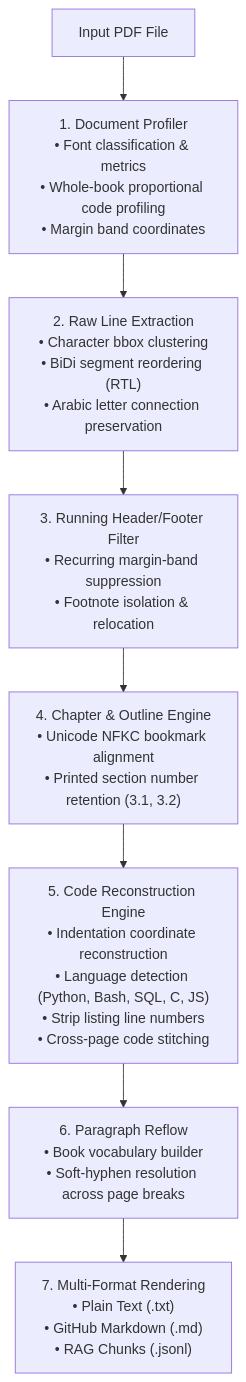
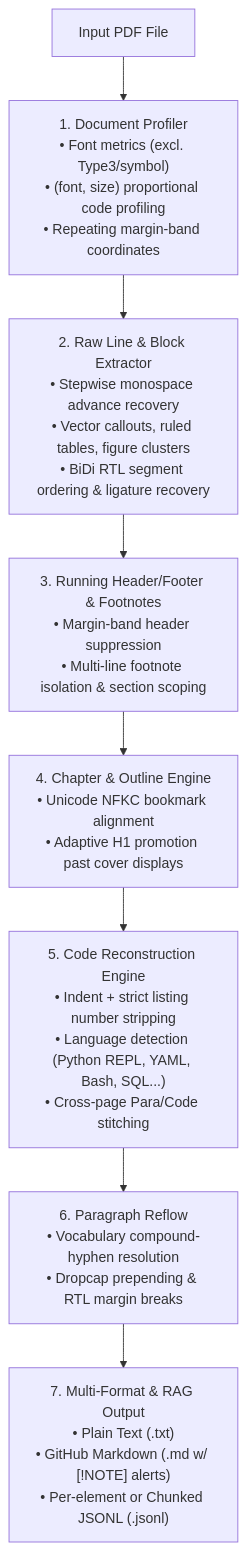
One commit to 7AZZANI/pdf-book-to-text changed the diagram in README.md. Above: the diagram before and after it, drawn with Mermaid. The commit also changed other lines of this file and 19 other files, not shown here.

Commit message:
feat(v2.1.0): modular architecture, vector callouts, RAG chunking, and bugfix suite

````diff
--- a/README.md
+++ b/README.md
@@ -218,10 +228,10 @@
 ```mermaid
 flowchart TD
-    A["Input PDF File"] --> B["1. Document Profiler\n• Font classification & metrics\n• Whole-book proportional code profiling\n• Margin band coordinates"]
-    B --> C["2. Raw Line Extraction\n• Character bbox clustering\n• BiDi segment reordering (RTL)\n• Arabic letter connection preservation"]
-    C --> D["3. Running Header/Footer Filter\n• Recurring margin-band suppression\n• Footnote isolation & relocation"]
-    D --> E["4. Chapter & Outline Engine\n• Unicode NFKC bookmark alignment\n• Printed section number retention (3.1, 3.2)"]
-    E --> F["5. Code Reconstruction Engine\n• Indentation coordinate reconstruction\n• Language detection (Python, Bash, SQL, C, JS)\n• Strip listing line numbers\n• Cross-page code stitching"]
-    F --> G["6. Paragraph Reflow\n• Book vocabulary builder\n• Soft-hyphen resolution across page breaks"]
-    G --> H["7. Multi-Format Rendering\n• Plain Text (.txt)\n• GitHub Markdown (.md)\n• RAG Chunks (.jsonl)"]
+    A["Input PDF File"] --> B["1. Document Profiler\n• Font metrics (excl. Type3/symbol)\n• (font, size) proportional code profiling\n• Repeating margin-band coordinates"]
+    B --> C["2. Raw Line & Block Extractor\n• Stepwise monospace advance recovery\n• Vector callouts, ruled tables, figure clusters\n• BiDi RTL segment ordering & ligature recovery"]
+    C --> D["3. Running Header/Footer & Footnotes\n• Margin-band header suppression\n• Multi-line footnote isolation & section scoping"]
+    D --> E["4. Chapter & Outline Engine\n• Unicode NFKC bookmark alignment\n• Adaptive H1 promotion past cover displays"]
+    E --> F["5. Code Reconstruction Engine\n• Indent + strict listing number stripping\n• Language detection (Python REPL, YAML, Bash, SQL...)\n• Cross-page Para/Code stitching"]
+    F --> G["6. Paragraph Reflow\n• Vocabulary compound-hyphen resolution\n• Dropcap prepending & RTL margin breaks"]
+    G --> H["7. Multi-Format & RAG Output\n• Plain Text (.txt)\n• GitHub Markdown (.md w/ [!NOTE] alerts)\n• Per-element or Chunked JSONL (.jsonl)"]
 ```
````
